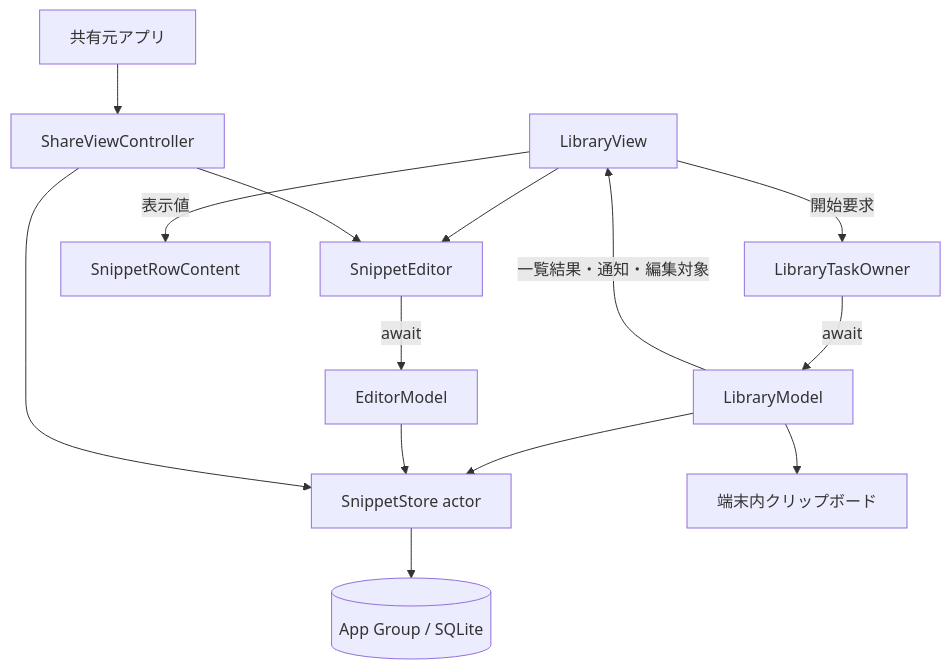
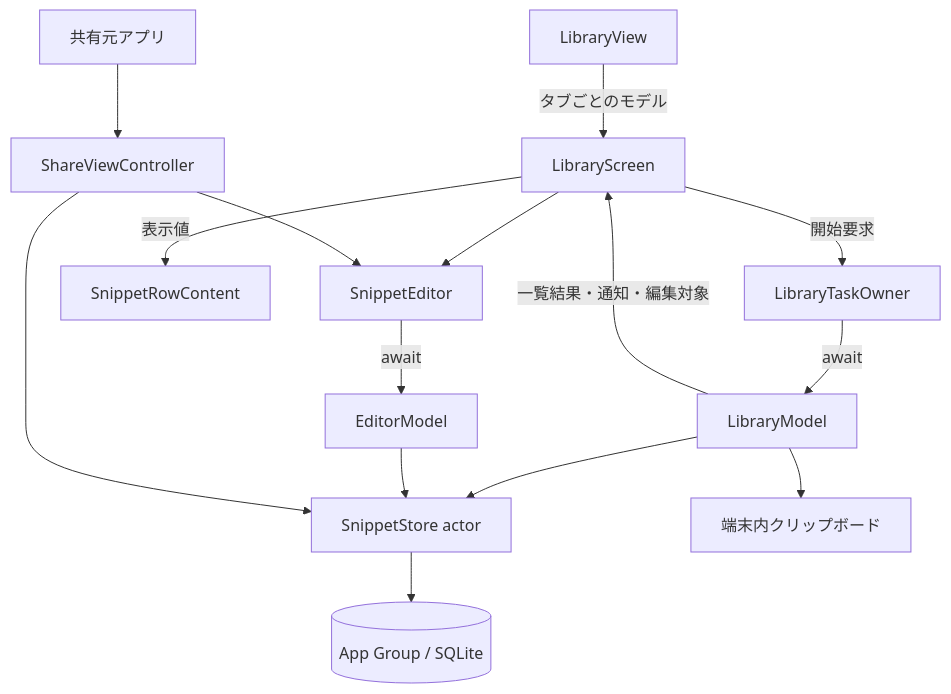
The first of 2 diagrams in docs/decisions/0002-mvp-app.md (9uiLe/nibble), drawn with Mermaid before and after one commit. The commit also changed other lines of this file and 9 other files, not shown here.

Commit message:
feat: add native library tabs and reachable creation control

````diff
--- a/docs/decisions/0002-mvp-app.md
+++ b/docs/decisions/0002-mvp-app.md
@@ -81,16 +81,17 @@
 ```mermaid
 flowchart TB
-    Library[LibraryView] -->|開始要求| Owner[LibraryTaskOwner]
+    Tabs[LibraryView] -->|タブごとのモデル| Library[LibraryScreen]
+    Library -->|開始要求| Owner[LibraryTaskOwner]
     Owner -->|await| Model[LibraryModel]
     Model -->|一覧結果・通知・編集対象| Library
     Library -->|表示値| Row[SnippetRowContent]
     Library --> Editor[SnippetEditor]
     Host[共有元アプリ] --> Share[ShareViewController]
     Share --> Editor
     Editor -->|await| Editing[EditorModel]
     Model --> Store[SnippetStore actor]
     Editing --> Store
     Share --> Store
     Store --> DB[(App Group / SQLite)]
     Model --> Clipboard[端末内クリップボード]
 ```
````
